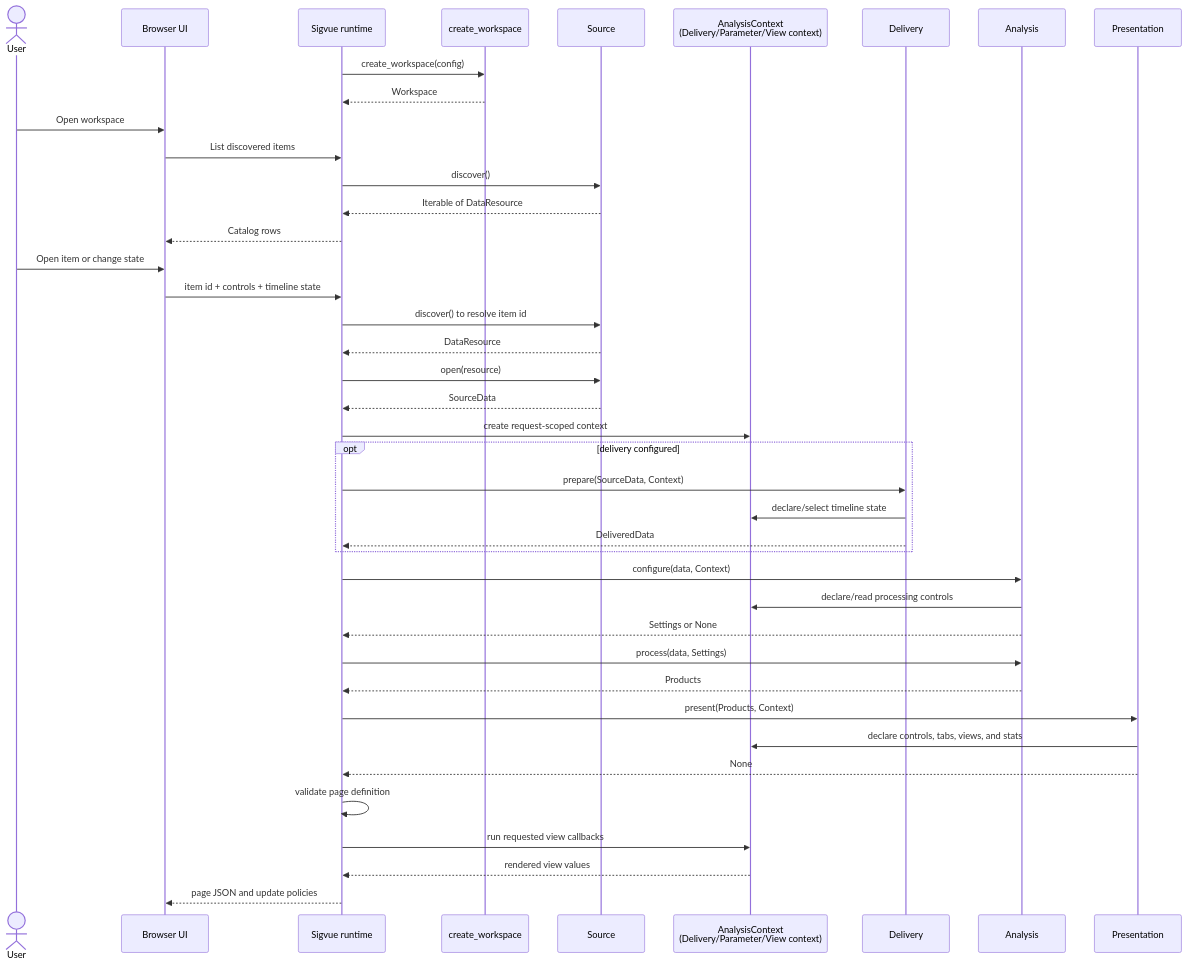
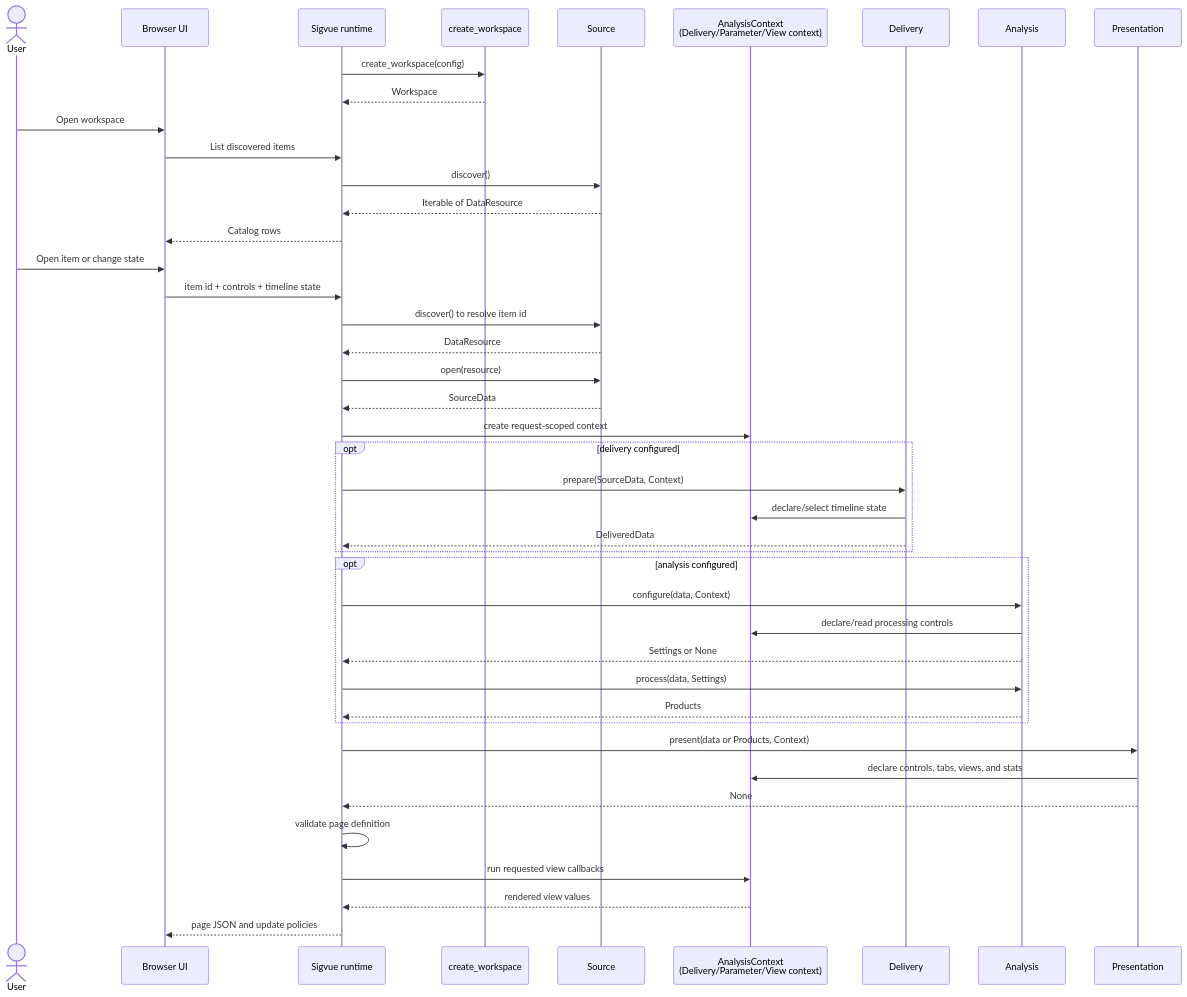
Before and after one commit to briday1/sigvue: the fourth of 6 diagrams in README.md, drawn with Mermaid. The commit also changed other lines of this file and 15 other files, not shown here.

````diff
--- a/README.md
+++ b/README.md
@@ -440,48 +440,50 @@
 ```mermaid
 sequenceDiagram
     actor User
     participant Browser as Browser UI
     participant Runtime as Sigvue runtime
     participant Factory as create_workspace
     participant Source as Source
     participant Context as AnalysisContext<br/>(Delivery/Parameter/View context)
     participant Delivery as Delivery
     participant Analysis
     participant Presentation
 
     Runtime->>Factory: create_workspace(config)
     Factory-->>Runtime: Workspace
 
     User->>Browser: Open workspace
     Browser->>Runtime: List discovered items
     Runtime->>Source: discover()
     Source-->>Runtime: Iterable of DataResource
     Runtime-->>Browser: Catalog rows
 
     User->>Browser: Open item or change state
     Browser->>Runtime: item id + controls + timeline state
     Runtime->>Source: discover() to resolve item id
     Source-->>Runtime: DataResource
     Runtime->>Source: open(resource)
     Source-->>Runtime: SourceData
     Runtime->>Context: create request-scoped context
 
     opt delivery configured
         Runtime->>Delivery: prepare(SourceData, Context)
         Delivery->>Context: declare/select timeline state
         Delivery-->>Runtime: DeliveredData
     end
 
-    Runtime->>Analysis: configure(data, Context)
-    Analysis->>Context: declare/read processing controls
-    Analysis-->>Runtime: Settings or None
-    Runtime->>Analysis: process(data, Settings)
-    Analysis-->>Runtime: Products
-    Runtime->>Presentation: present(Products, Context)
+    opt analysis configured
+        Runtime->>Analysis: configure(data, Context)
+        Analysis->>Context: declare/read processing controls
+        Analysis-->>Runtime: Settings or None
+        Runtime->>Analysis: process(data, Settings)
+        Analysis-->>Runtime: Products
+    end
+    Runtime->>Presentation: present(data or Products, Context)
     Presentation->>Context: declare controls, tabs, views, and stats
     Presentation-->>Runtime: None
     Runtime->>Runtime: validate page definition
     Runtime->>Context: run requested view callbacks
     Context-->>Runtime: rendered view values
     Runtime-->>Browser: page JSON and update policies
 ```
````
